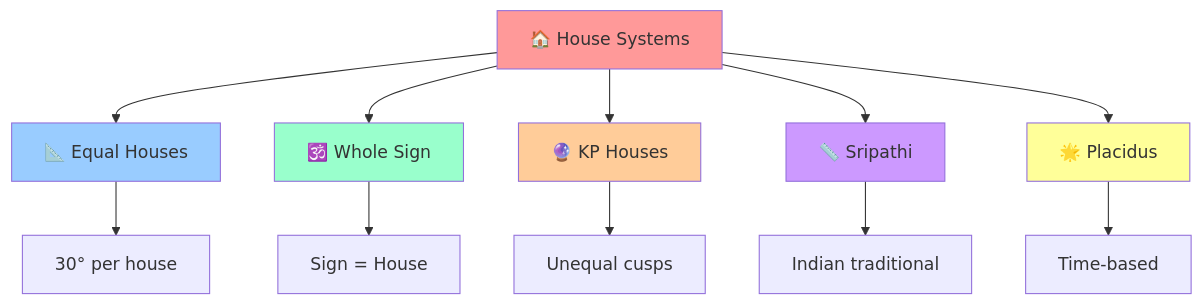
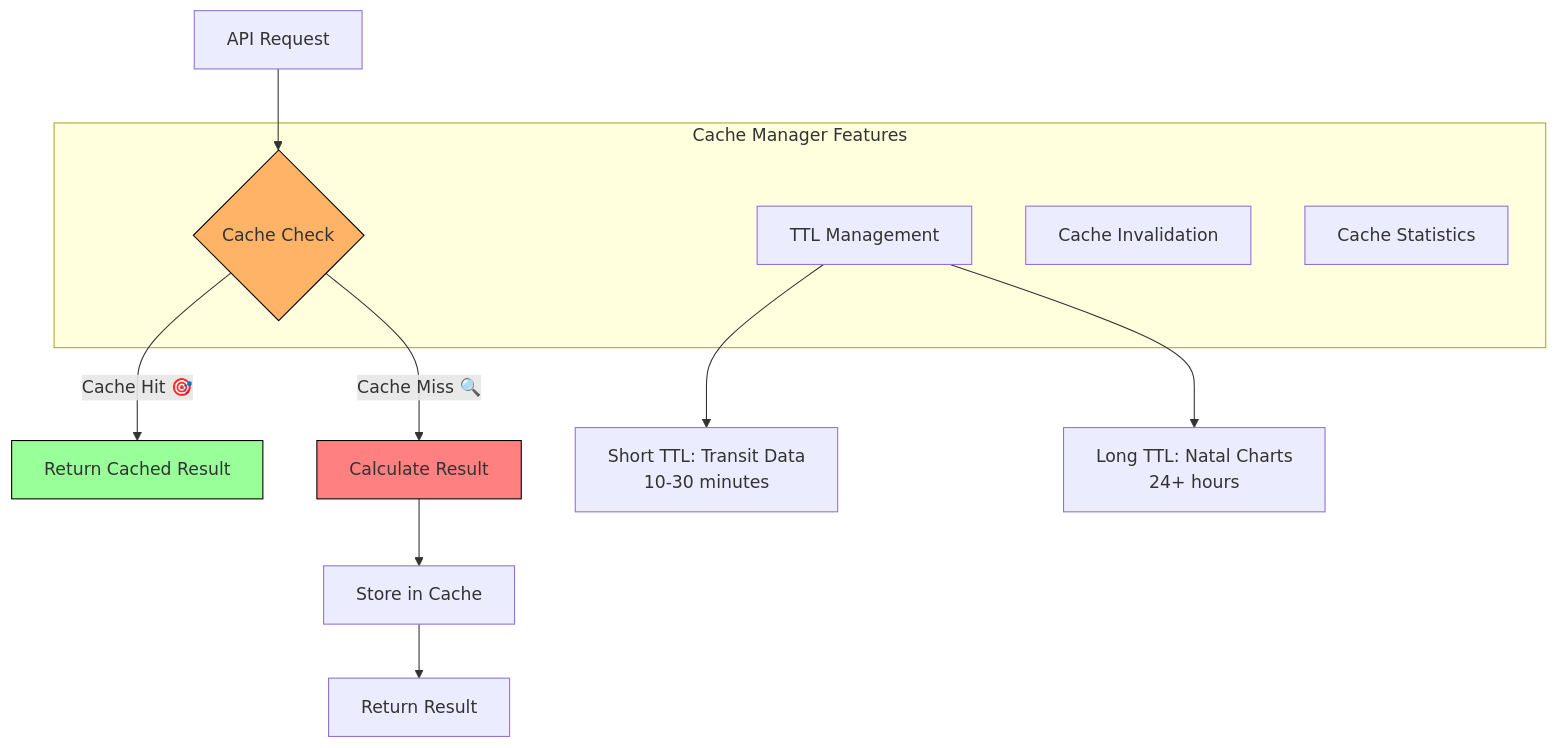
One commit to Project-Corp-Astro/Astro_Engine changed diagram 15 of 18 in README.md. Above: the diagram before and after it, drawn with Mermaid. The commit also changed other lines of this file and 78 other files, not shown here.

````diff
--- a/README.md
+++ b/README.md
@@ -1581,21 +963,22 @@
 ```mermaid
 graph TD
-    A[🏠 House Systems] --> B[📐 Equal Houses]
-    A --> C[🕉️ Whole Sign]
-    A --> D[🔮 KP Houses]
-    A --> E[📏 Sripathi]
-    A --> F[🌟 Placidus]
+    A[API Request] --> B{Cache Check}
+    B -->|Cache Hit 🎯| C[Return Cached Result]
+    B -->|Cache Miss 🔍| D[Calculate Result]
+    D --> E[Store in Cache]
+    E --> F[Return Result]
     
-    B --> B1[30° per house]
-    C --> C1[Sign = House]
-    D --> D1[Unequal cusps]
-    E --> E1[Indian traditional]
-    F --> F1[Time-based]
+    subgraph "Cache Manager Features"
+        B
+        G[TTL Management]
+        H[Cache Invalidation]
+        I[Cache Statistics]
+    end
     
-    style A fill:#ff9999
-    style B fill:#99ccff
-    style C fill:#99ffcc
-    style D fill:#ffcc99
-    style E fill:#cc99ff
-    style F fill:#ffff99
+    G --> J[Short TTL: Transit Data<br>10-30 minutes]
+    G --> K[Long TTL: Natal Charts<br>24+ hours]
+    
+    style C fill:#9f9,stroke:#000
+    style B fill:#ffb366,stroke:#000
+    style D fill:#ff8080,stroke:#000
 ```
````
